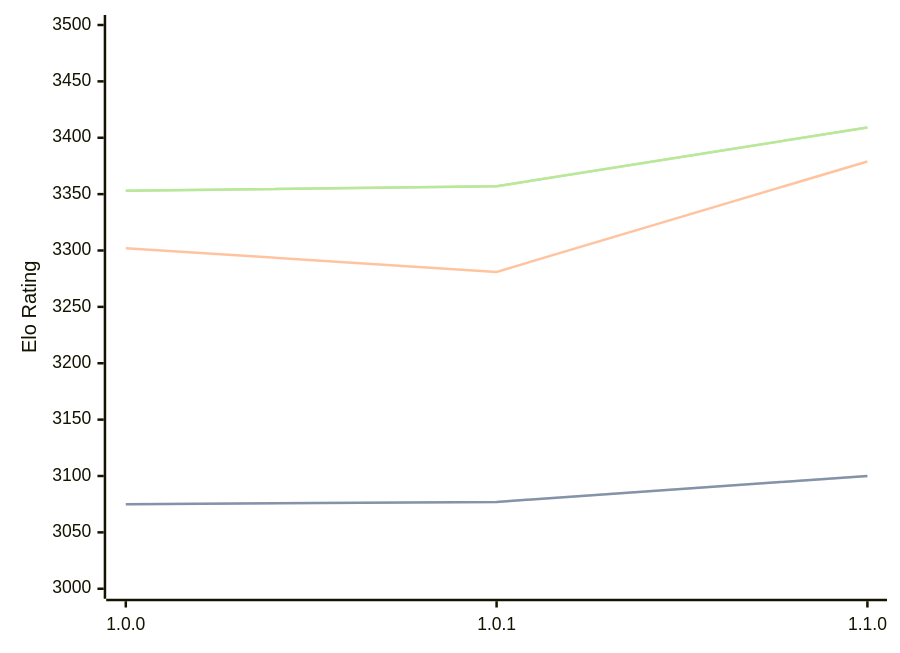
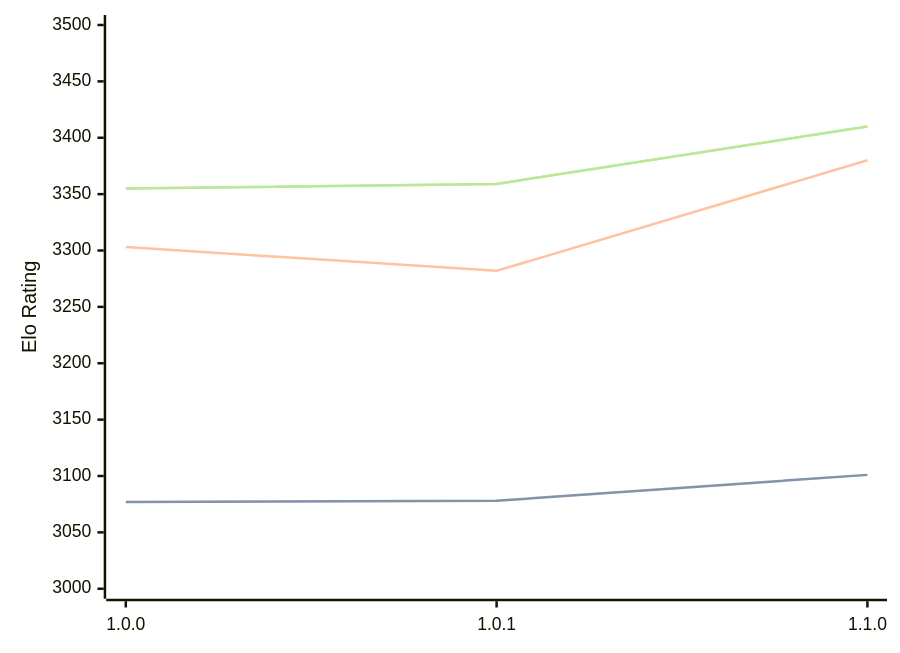
The diagram in engines/Ursus.md (computer-chess-index/cci), drawn with Mermaid before and after one commit. The commit also changed other lines of this file, not shown here.

Commit message:
Update CCI Ratings (ELO VLTC) - 2026-10-09

````diff
--- a/engines/Ursus.md
+++ b/engines/Ursus.md
@@ -33,11 +33,11 @@
 ```mermaid
 %%{init: {"theme":"base","themeVariables":{"seriesColors:['#a3a3a3','#222221','#faa371']}}}%%
 xychart-beta
   x-axis ["1.0.0", "1.0.1", "1.1.0"]
   y-axis "Elo Rating" 3000 --> 3500
-  line "" [3075, 3077, 3100]
-  line "STC (8.0+0.08s)" [3075, 3077, 3100]
-  line "LTC (60.0+0.60s)" [3302, 3281, 3379]
-  line "" [3353, 3357, 3409]
-  line "VLTC (2m24s+1.12s)" [3353, 3357, 3409]
+  line "" [3077, 3078, 3101]
+  line "STC (8.0+0.08s)" [3077, 3078, 3101]
+  line "LTC (60.0+0.60s)" [3303, 3282, 3380]
+  line "" [3355, 3359, 3410]
+  line "VLTC (2m24s+1.12s)" [3355, 3359, 3410]
 ```
````
